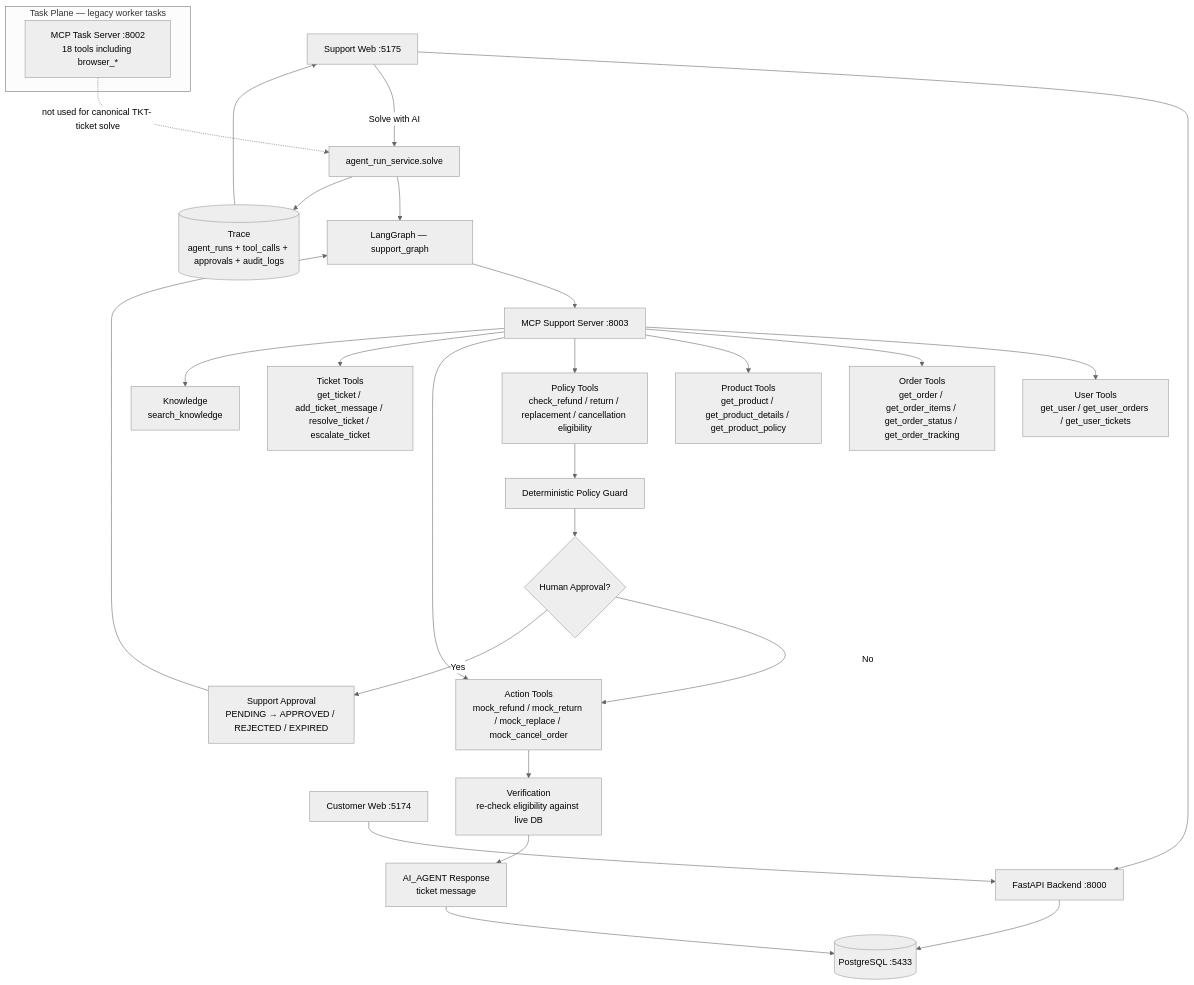
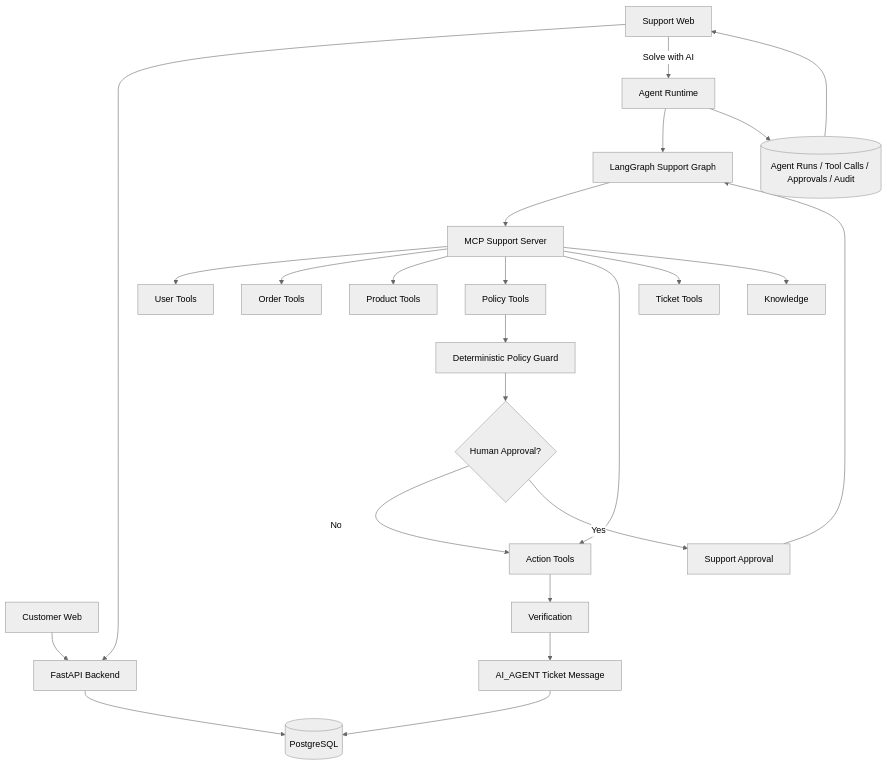
The first of 4 diagrams in README.md (bkk07/northstar-worker), drawn with Mermaid (neutral theme) before and after one commit. The commit also changed other lines of this file and 1 other file, not shown here.

````diff
--- a/README.md
+++ b/README.md
@@ -88,31 +209,35 @@
 ```mermaid
 flowchart TD
-    C[Customer Web :5174] --> API[FastAPI Backend :8000]
-    S[Support Web :5175] --> API
-    API --> DB[(PostgreSQL :5433)]
-    S -->|Solve with AI| AG[agent_run_service.solve]
-    AG --> LG[LangGraph — support_graph]
-    LG --> MCP[MCP Support Server :8003]
-    MCP --> U[User Tools\nget_user / get_user_orders / get_user_tickets]
-    MCP --> O[Order Tools\nget_order / get_order_items / get_order_status / get_order_tracking]
-    MCP --> P[Product Tools\nget_product / get_product_details / get_product_policy]
-    MCP --> POL[Policy Tools\ncheck_refund / return / replacement / cancellation eligibility]
-    MCP --> A[Action Tools\nmock_refund / mock_return / mock_replace / mock_cancel_order]
-    MCP --> T[Ticket Tools\nget_ticket / add_ticket_message / resolve_ticket / escalate_ticket]
-    MCP --> K[Knowledge\nsearch_knowledge]
+    C[Customer Web] --> API[FastAPI Backend]
+    S[Support Web] --> API
+
+    API --> DB[(PostgreSQL)]
+
+    S -->|Solve with AI| AR[Agent Runtime]
+    AR --> LG[LangGraph Support Graph]
+
+    LG --> MCP[MCP Support Server]
+
+    MCP --> U[User Tools]
+    MCP --> O[Order Tools]
+    MCP --> P[Product Tools]
+    MCP --> POL[Policy Tools]
+    MCP --> A[Action Tools]
+    MCP --> T[Ticket Tools]
+    MCP --> K[Knowledge]
+
     POL --> G[Deterministic Policy Guard]
+
     G --> H{Human Approval?}
     H -->|No| A
-    H -->|Yes| HITL[Support Approval\nPENDING → APPROVED / REJECTED / EXPIRED]
+    H -->|Yes| HITL[Support Approval]
     HITL --> LG
-    A --> V[Verification\nre-check eligibility against live DB]
-    V --> R[AI_AGENT Response\nticket message]
+
+    A --> V[Verification]
+
+    V --> R[AI_AGENT Ticket Message]
     R --> DB
-    AG --> TRACE[(Trace\nagent_runs + tool_calls + approvals + audit_logs)]
+
+    AR --> TRACE[(Agent Runs / Tool Calls / Approvals / Audit)]
     TRACE --> S
-
-    subgraph TaskPlane [Task Plane — legacy worker tasks]
-        MCP2[MCP Task Server :8002\n18 tools including browser_*]
-    end
-    MCP2 -.->|not used for canonical TKT- ticket solve| AG
 ```
````
